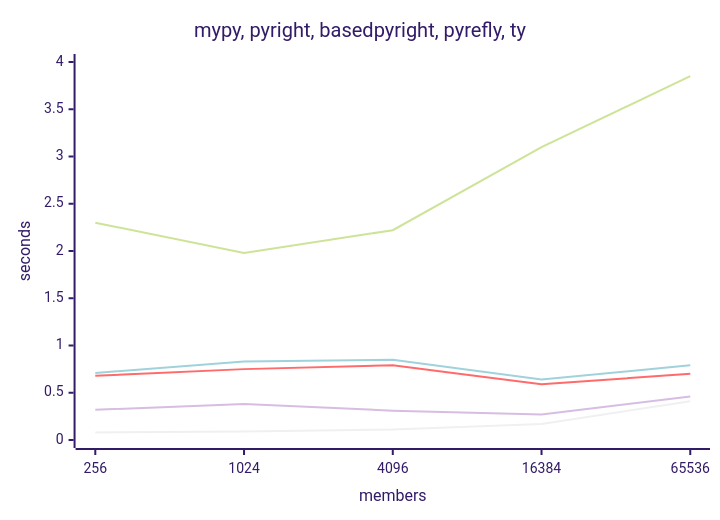
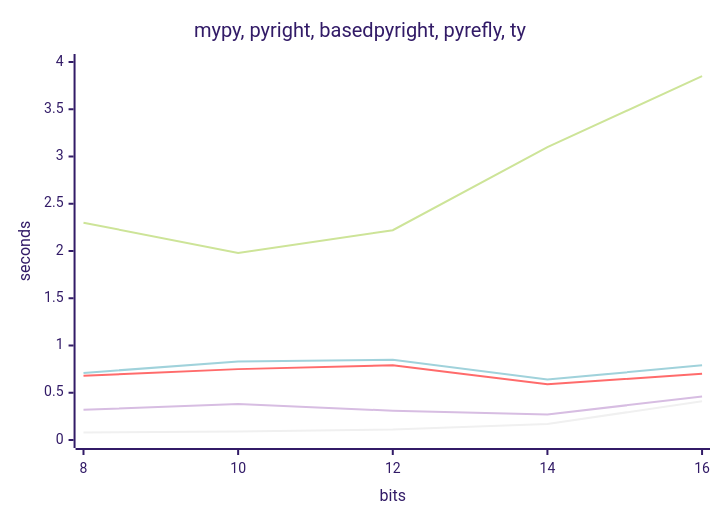
One commit to JPHutchins/types-bits changed the third of 4 diagrams in README.md. Above: the diagram before and after it, drawn with Mermaid (forest theme). The commit also changed other lines of this file and 6 other files, not shown here.

````diff
--- a/README.md
+++ b/README.md
@@ -63,11 +64,11 @@
 ```mermaid
 xychart-beta
     title "mypy, pyright, basedpyright, pyrefly, ty"
-    x-axis "members" [256, 1024, 4096, 16384, 65536]
+    x-axis "bits" [8, 10, 12, 14, 16]
     y-axis "seconds" 0 --> 4
     line [2.30, 1.98, 2.22, 3.10, 3.85]
     line [0.68, 0.75, 0.79, 0.59, 0.70]
     line [0.71, 0.83, 0.85, 0.64, 0.79]
     line [0.32, 0.38, 0.31, 0.27, 0.46]
     line [0.08, 0.09, 0.11, 0.17, 0.41]
 ```
````
